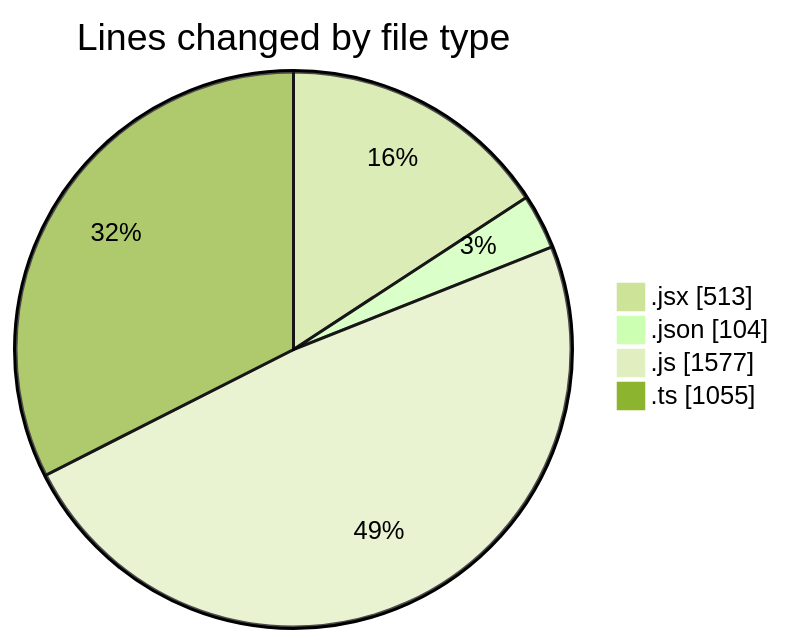
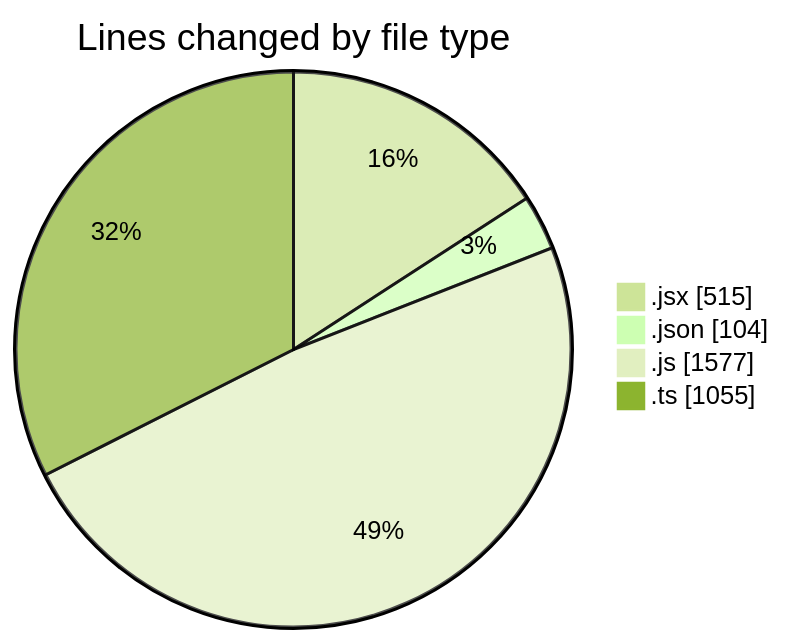
Before and after one commit to momahboobian/code-tracking: the first of 2 diagrams in 2025-05-19/cda/README.md, drawn with Mermaid (forest theme). The commit also changed other lines of this file and 1 other file, not shown here.

````diff
--- a/2025-05-19/cda/README.md
+++ b/2025-05-19/cda/README.md
@@ -27,8 +27,8 @@
 ```mermaid
 pie showData
 title Lines changed by file type
-".jsx" : 513
+".jsx" : 515
 ".json" : 104
 ".js" : 1577
 ".ts" : 1055
 ```
````
